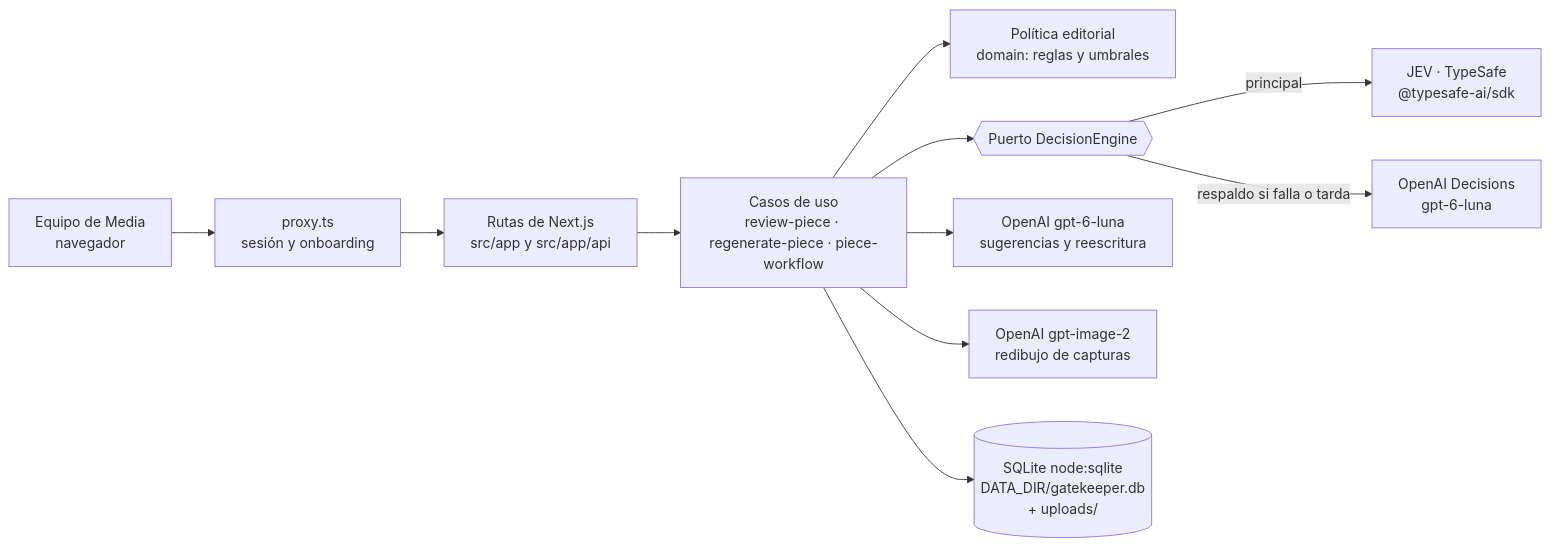
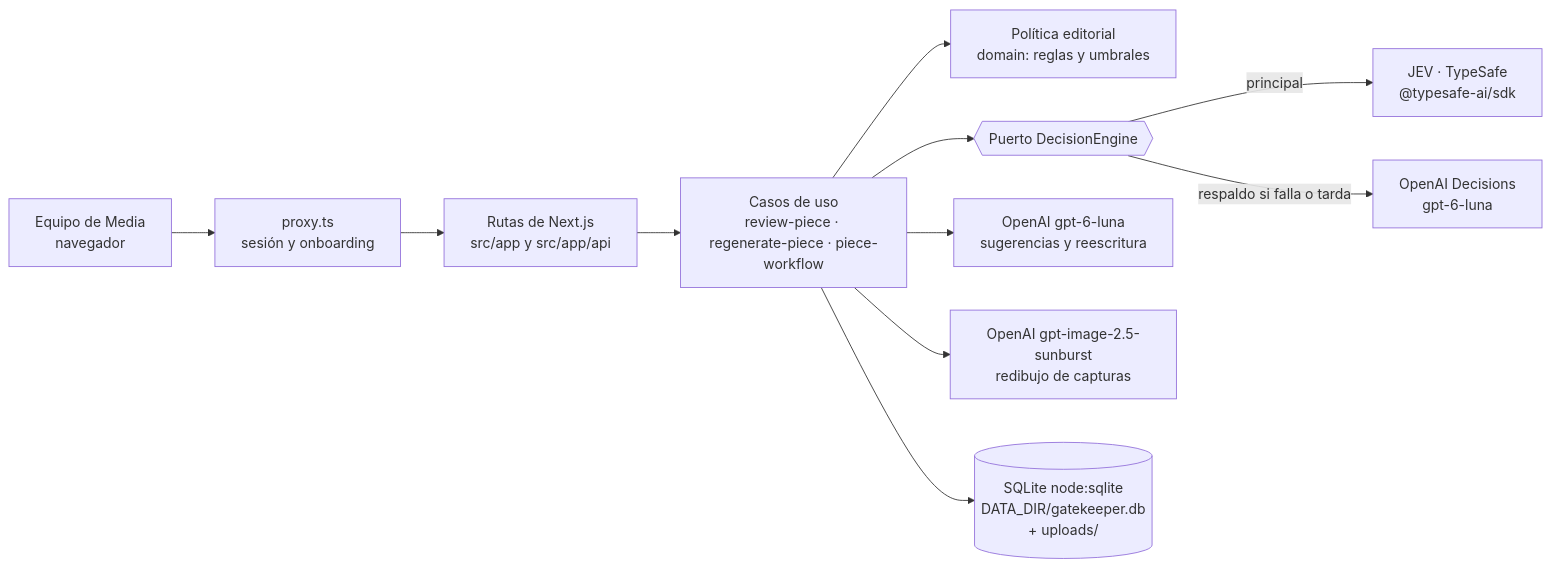
The diagram in README.md (Michael-Liendo/gatekeeper-30x), drawn with Mermaid before and after one commit. The commit also changed other lines of this file and 3 other files, not shown here.

First line of the commit message:
feat(content-review): redraw screenshots with gpt-image-2.5-sunburst (#18)

````diff
--- a/README.md
+++ b/README.md
@@ -119,13 +119,13 @@
 ```mermaid
 flowchart LR
   U[Equipo de Media<br/>navegador] --> P[proxy.ts<br/>sesión y onboarding]
   P --> R[Rutas de Next.js<br/>src/app y src/app/api]
   R --> UC[Casos de uso<br/>review-piece · regenerate-piece · piece-workflow]
   UC --> POL[Política editorial<br/>domain: reglas y umbrales]
   UC --> DE{{Puerto DecisionEngine}}
   DE -->|principal| JEV[JEV · TypeSafe<br/>@typesafe-ai/sdk]
   DE -->|respaldo si falla o tarda| OAD[OpenAI Decisions<br/>gpt-6-luna]
   UC --> LLM[OpenAI gpt-6-luna<br/>sugerencias y reescritura]
-  UC --> IMG[OpenAI gpt-image-2<br/>redibujo de capturas]
+  UC --> IMG[OpenAI gpt-image-2.5-sunburst<br/>redibujo de capturas]
   UC --> DB[(SQLite node:sqlite<br/>DATA_DIR/gatekeeper.db<br/>+ uploads/)]
 ```
````
